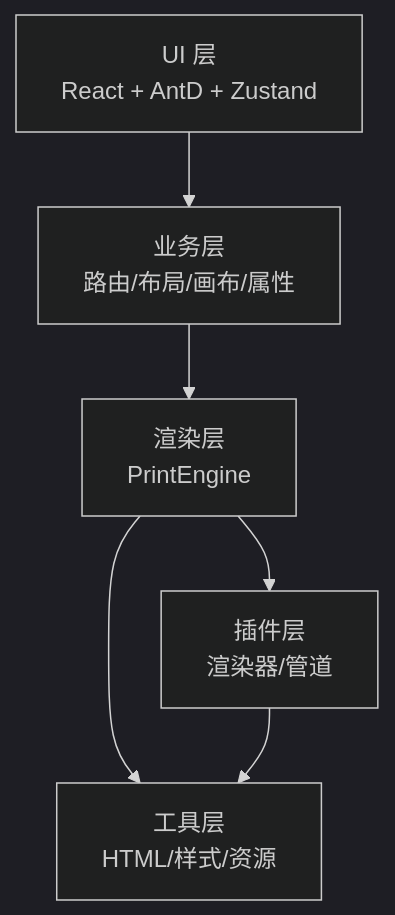
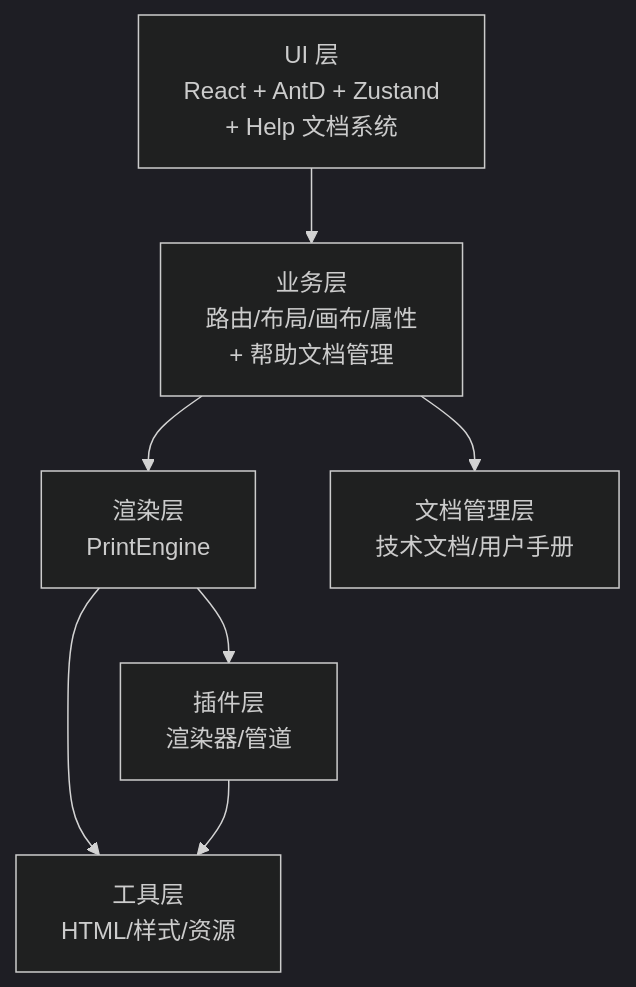
The second of 9 diagrams in .qoder/repowiki/zh/content/架构设计文档/架构设计文档.md (joker-yjc/printer), drawn with Mermaid (dark theme) before and after one commit. The commit also changed other lines of this file and 4 other files, not shown here.

````diff
--- a/.qoder/repowiki/zh/content/架构设计文档/架构设计文档.md
+++ b/.qoder/repowiki/zh/content/架构设计文档/架构设计文档.md
@@ -121,13 +153,15 @@
 ```mermaid
 graph TB
-UI["UI 层<br/>React + AntD + Zustand"]
-Biz["业务层<br/>路由/布局/画布/属性"]
+UI["UI 层<br/>React + AntD + Zustand<br/>+ Help 文档系统"]
+Biz["业务层<br/>路由/布局/画布/属性<br/>+ 帮助文档管理"]
 Engine["渲染层<br/>PrintEngine"]
 Plug["插件层<br/>渲染器/管道"]
 Util["工具层<br/>HTML/样式/资源"]
+Doc["文档管理层<br/>技术文档/用户手册"]
 UI --> Biz
 Biz --> Engine
+Biz --> Doc
 Engine --> Plug
 Engine --> Util
 Plug --> Util
 ```
````
